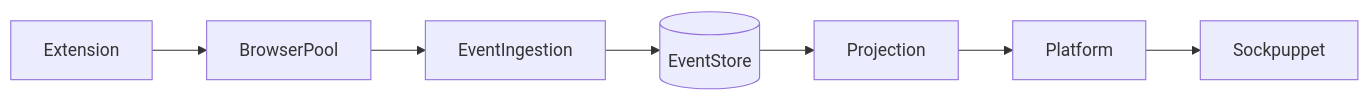
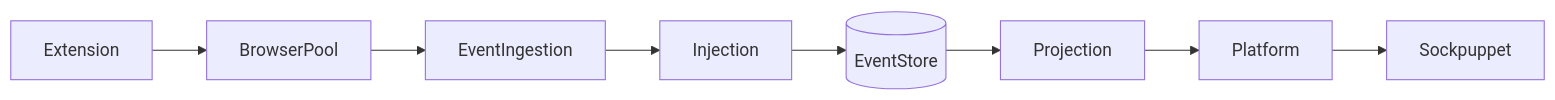
The first of 4 diagrams in ARCHITECTURE.md (ToxicPine/bernays), drawn with Mermaid before and after one commit. The commit also changed other lines of this file and 118 other files, not shown here.

````diff
--- a/ARCHITECTURE.md
+++ b/ARCHITECTURE.md
@@ -71,9 +187,10 @@
 ```mermaid
 graph LR
     EXT[Extension] --> BP[BrowserPool]
     BP --> EI[EventIngestion]
-    EI --> ES[(EventStore)]
+    EI --> INJ[Injection]
+    INJ --> ES[(EventStore)]
     ES --> PR[Projection]
     PR --> PL[Platform]
     PL --> SP[Sockpuppet]
 ```
````
